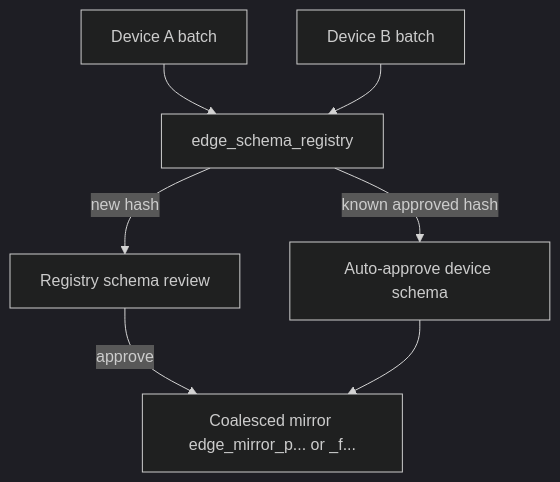
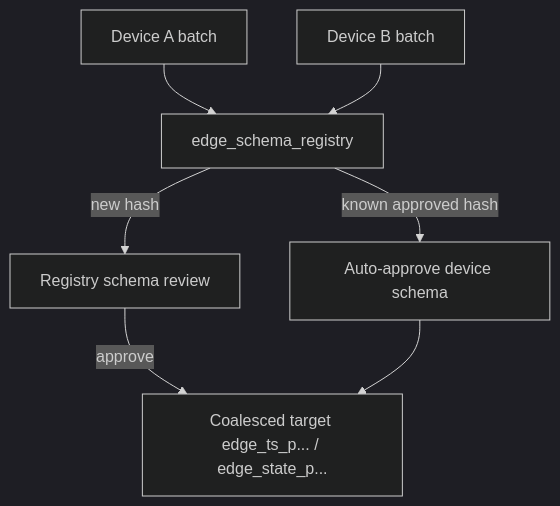
One commit to golain-io/docs changed the diagram in edge/data-sync/registry-coalescing.mdx. Above: the diagram before and after it, drawn with Mermaid (dark theme). The commit also changed other lines of this file and 14 other files, not shown here.

````diff
--- a/edge/data-sync/registry-coalescing.mdx
+++ b/edge/data-sync/registry-coalescing.mdx
@@ -20,9 +20,9 @@
 ```mermaid
 flowchart TD
   D1[Device A batch] --> REG[edge_schema_registry]
   D2[Device B batch] --> REG
   REG -->|new hash| RR[Registry schema review]
   REG -->|known approved hash| AUTO[Auto-approve device schema]
-  RR -->|approve| CM[Coalesced mirror edge_mirror_p... or _f...]
+  RR -->|approve| CM[Coalesced target edge_ts_p... / edge_state_p...]
   AUTO --> CM
 ```
````
